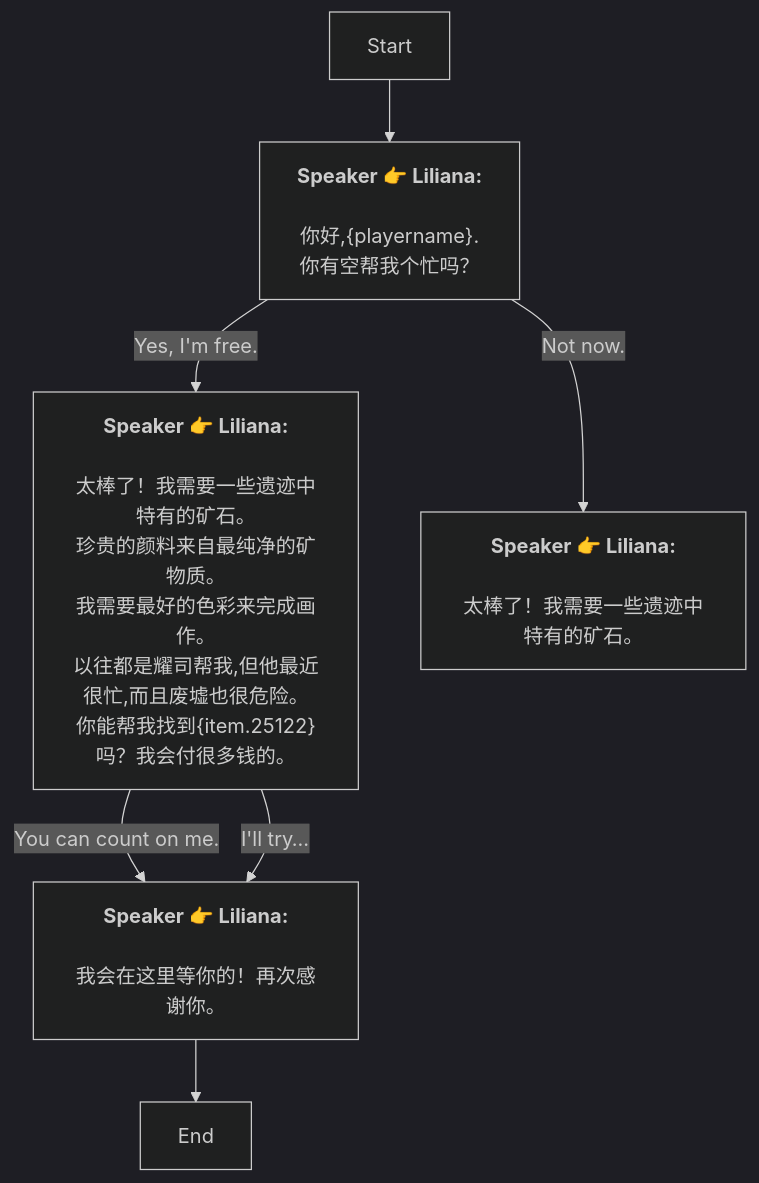
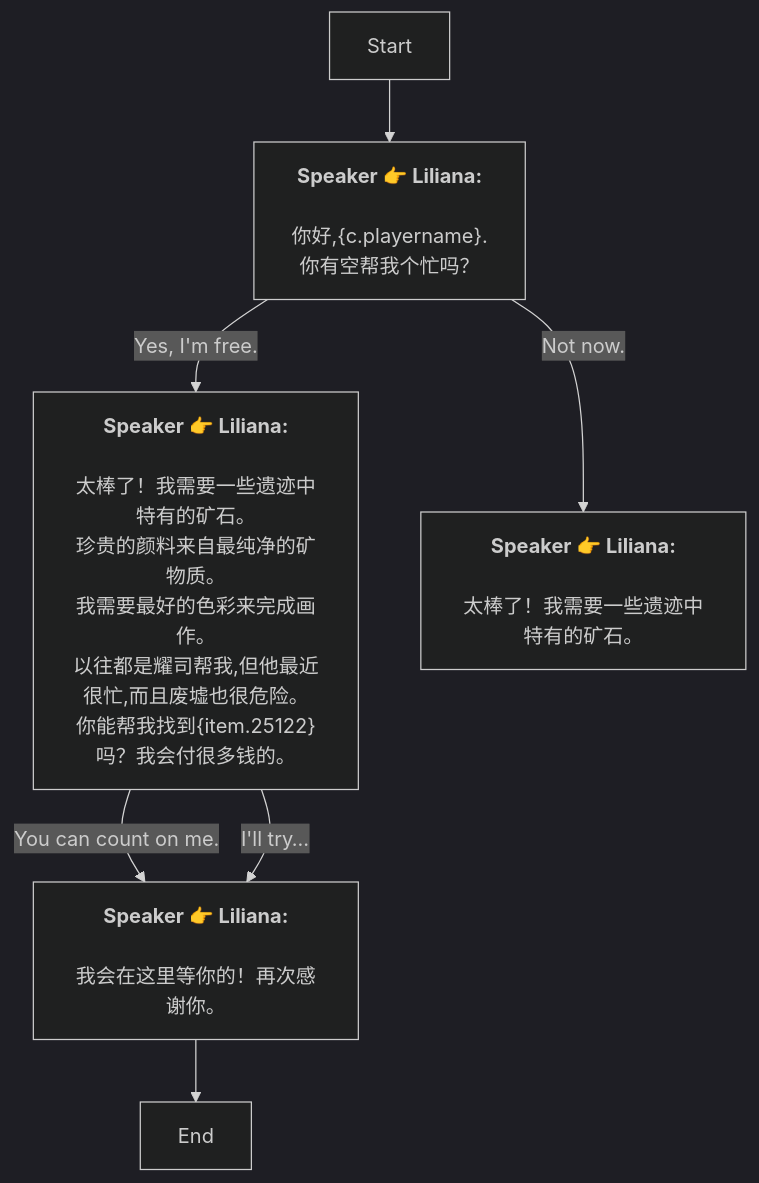
Before and after one commit to SoftHu/tos_avg: the diagram in Zh/Dialog_55274881943531.md, drawn with Mermaid (dark theme). The commit also changed 410 other files, not shown here.

````diff
--- a/Zh/Dialog_55274881943531.md
+++ b/Zh/Dialog_55274881943531.md
@@ -1,17 +1,17 @@
 ```mermaid
 graph
 Start -->1768796755592191[<b>Speaker 👉 Liliana:</b>
-\n你好,&lbrace;playername&rbrace;.
+\n你好,&lbrace;c.playername&rbrace;.
 你有空帮我个忙吗？]
 1768796755592191 -->|Yes, I'm free.|1768799370779653[<b>Speaker 👉 Liliana:</b>
 \n太棒了！我需要一些遗迹中特有的矿石。\n珍贵的颜料来自最纯净的矿物质。
 我需要最好的色彩来完成画作。\n以往都是耀司帮我,但他最近很忙,而且废墟也很危险。\n你能帮我找到&lbrace;item.25122&rbrace;吗？我会付很多钱的。]
 1768796755592191 -->|Not now.|1768801758507014[<b>Speaker 👉 Liliana:</b>
 \n太棒了！我需要一些遗迹中特有的矿石。]
 1768799370779653 -->|You can count on me.|1768801864766477[<b>Speaker 👉 Liliana:</b>
 \n我会在这里等你的！再次感谢你。]
 1768799370779653 -->|I'll try…|1768801864766477[<b>Speaker 👉 Liliana:</b>
 \n我会在这里等你的！再次感谢你。]
 1768801864766477 -->1768796745671678[End]
 
 ```
````
